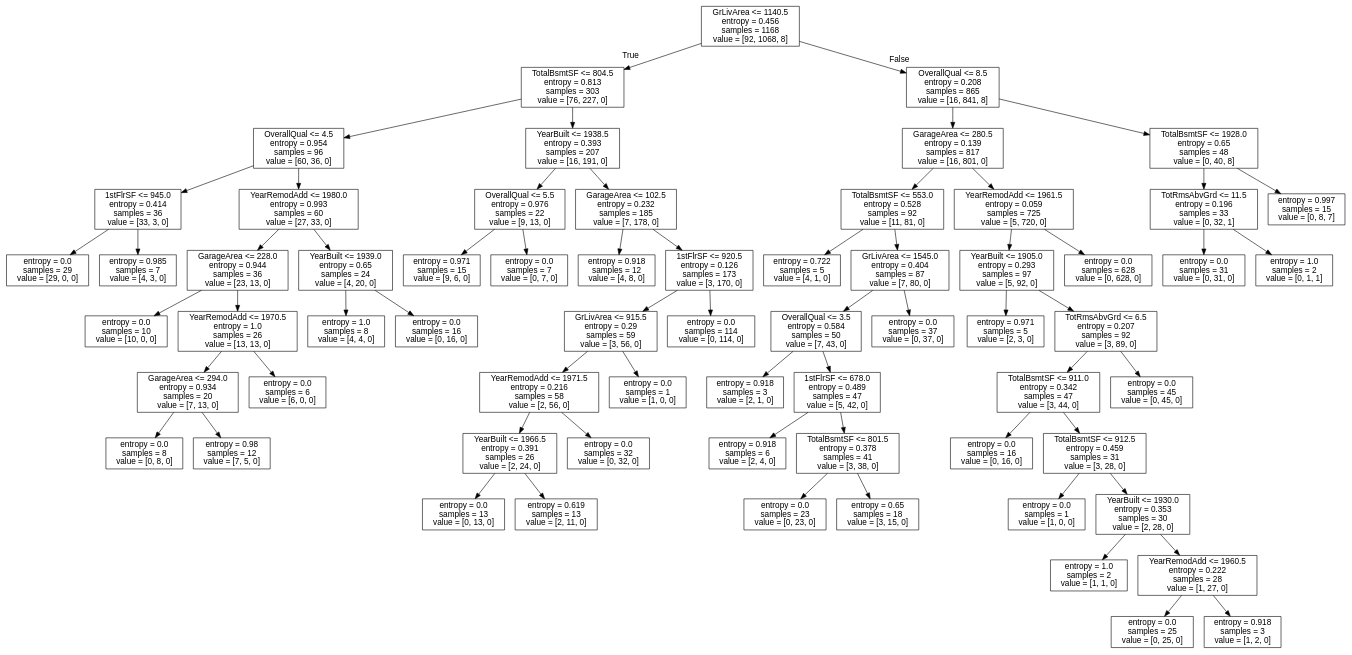
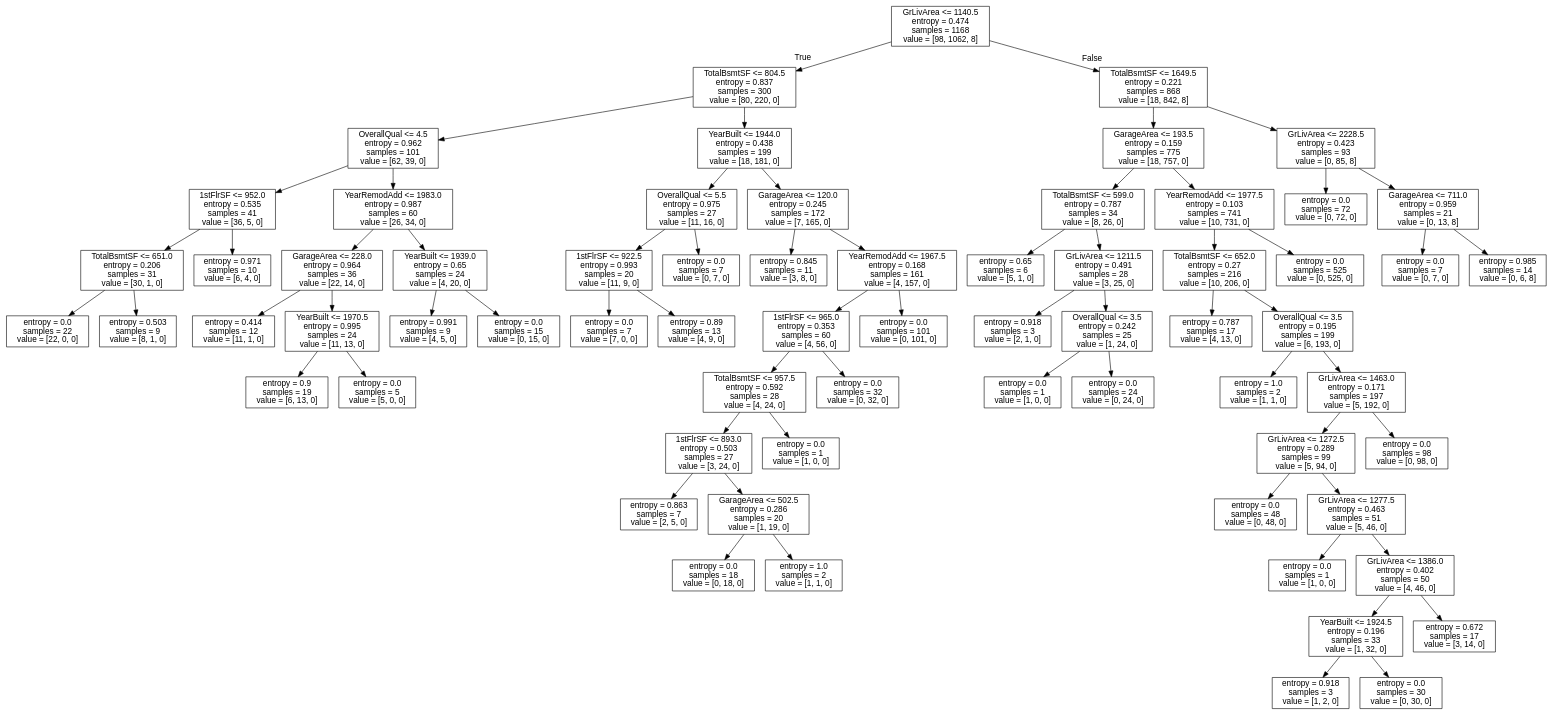
One commit to genomorro/unir changed the diagram in out/tree_dc.dot. Above: the diagram before and after it, drawn with Graphviz. The commit also changed 10 other files, not shown here.

Commit message:
Images with graphviz

```diff
--- a/out/tree_dc.dot
+++ b/out/tree_dc.dot
@@ -1,133 +1,137 @@
 digraph Tree {
 node [shape=box, fontname="helvetica"] ;
 edge [fontname="helvetica"] ;
-0 [label="GrLivArea <= 1140.5\nentropy = 0.456\nsamples = 1168\nvalue = [92, 1068, 8]"] ;
-1 [label="TotalBsmtSF <= 804.5\nentropy = 0.813\nsamples = 303\nvalue = [76, 227, 0]"] ;
+0 [label="GrLivArea <= 1140.5\nentropy = 0.474\nsamples = 1168\nvalue = [98, 1062, 8]"] ;
+1 [label="TotalBsmtSF <= 804.5\nentropy = 0.837\nsamples = 300\nvalue = [80, 220, 0]"] ;
 0 -> 1 [labeldistance=2.5, labelangle=45, headlabel="True"] ;
-2 [label="OverallQual <= 4.5\nentropy = 0.954\nsamples = 96\nvalue = [60, 36, 0]"] ;
+2 [label="OverallQual <= 4.5\nentropy = 0.962\nsamples = 101\nvalue = [62, 39, 0]"] ;
 1 -> 2 ;
-3 [label="1stFlrSF <= 945.0\nentropy = 0.414\nsamples = 36\nvalue = [33, 3, 0]"] ;
+3 [label="1stFlrSF <= 952.0\nentropy = 0.535\nsamples = 41\nvalue = [36, 5, 0]"] ;
 2 -> 3 ;
-4 [label="entropy = 0.0\nsamples = 29\nvalue = [29, 0, 0]"] ;
+4 [label="TotalBsmtSF <= 651.0\nentropy = 0.206\nsamples = 31\nvalue = [30, 1, 0]"] ;
 3 -> 4 ;
-5 [label="entropy = 0.985\nsamples = 7\nvalue = [4, 3, 0]"] ;
-3 -> 5 ;
-6 [label="YearRemodAdd <= 1980.0\nentropy = 0.993\nsamples = 60\nvalue = [27, 33, 0]"] ;
-2 -> 6 ;
-7 [label="GarageArea <= 228.0\nentropy = 0.944\nsamples = 36\nvalue = [23, 13, 0]"] ;
-6 -> 7 ;
-8 [label="entropy = 0.0\nsamples = 10\nvalue = [10, 0, 0]"] ;
-7 -> 8 ;
-9 [label="YearRemodAdd <= 1970.5\nentropy = 1.0\nsamples = 26\nvalue = [13, 13, 0]"] ;
-7 -> 9 ;
-10 [label="GarageArea <= 294.0\nentropy = 0.934\nsamples = 20\nvalue = [7, 13, 0]"] ;
+5 [label="entropy = 0.0\nsamples = 22\nvalue = [22, 0, 0]"] ;
+4 -> 5 ;
+6 [label="entropy = 0.503\nsamples = 9\nvalue = [8, 1, 0]"] ;
+4 -> 6 ;
+7 [label="entropy = 0.971\nsamples = 10\nvalue = [6, 4, 0]"] ;
+3 -> 7 ;
+8 [label="YearRemodAdd <= 1983.0\nentropy = 0.987\nsamples = 60\nvalue = [26, 34, 0]"] ;
+2 -> 8 ;
+9 [label="GarageArea <= 228.0\nentropy = 0.964\nsamples = 36\nvalue = [22, 14, 0]"] ;
+8 -> 9 ;
+10 [label="entropy = 0.414\nsamples = 12\nvalue = [11, 1, 0]"] ;
 9 -> 10 ;
-11 [label="entropy = 0.0\nsamples = 8\nvalue = [0, 8, 0]"] ;
-10 -> 11 ;
-12 [label="entropy = 0.98\nsamples = 12\nvalue = [7, 5, 0]"] ;
-10 -> 12 ;
-13 [label="entropy = 0.0\nsamples = 6\nvalue = [6, 0, 0]"] ;
-9 -> 13 ;
+11 [label="YearBuilt <= 1970.5\nentropy = 0.995\nsamples = 24\nvalue = [11, 13, 0]"] ;
+9 -> 11 ;
+12 [label="entropy = 0.9\nsamples = 19\nvalue = [6, 13, 0]"] ;
+11 -> 12 ;
+13 [label="entropy = 0.0\nsamples = 5\nvalue = [5, 0, 0]"] ;
+11 -> 13 ;
 14 [label="YearBuilt <= 1939.0\nentropy = 0.65\nsamples = 24\nvalue = [4, 20, 0]"] ;
-6 -> 14 ;
-15 [label="entropy = 1.0\nsamples = 8\nvalue = [4, 4, 0]"] ;
+8 -> 14 ;
+15 [label="entropy = 0.991\nsamples = 9\nvalue = [4, 5, 0]"] ;
 14 -> 15 ;
-16 [label="entropy = 0.0\nsamples = 16\nvalue = [0, 16, 0]"] ;
+16 [label="entropy = 0.0\nsamples = 15\nvalue = [0, 15, 0]"] ;
 14 -> 16 ;
-17 [label="YearBuilt <= 1938.5\nentropy = 0.393\nsamples = 207\nvalue = [16, 191, 0]"] ;
+17 [label="YearBuilt <= 1944.0\nentropy = 0.438\nsamples = 199\nvalue = [18, 181, 0]"] ;
 1 -> 17 ;
-18 [label="OverallQual <= 5.5\nentropy = 0.976\nsamples = 22\nvalue = [9, 13, 0]"] ;
+18 [label="OverallQual <= 5.5\nentropy = 0.975\nsamples = 27\nvalue = [11, 16, 0]"] ;
 17 -> 18 ;
-19 [label="entropy = 0.971\nsamples = 15\nvalue = [9, 6, 0]"] ;
+19 [label="1stFlrSF <= 922.5\nentropy = 0.993\nsamples = 20\nvalue = [11, 9, 0]"] ;
 18 -> 19 ;
-20 [label="entropy = 0.0\nsamples = 7\nvalue = [0, 7, 0]"] ;
-18 -> 20 ;
-21 [label="GarageArea <= 102.5\nentropy = 0.232\nsamples = 185\nvalue = [7, 178, 0]"] ;
-17 -> 21 ;
-22 [label="entropy = 0.918\nsamples = 12\nvalue = [4, 8, 0]"] ;
-21 -> 22 ;
-23 [label="1stFlrSF <= 920.5\nentropy = 0.126\nsamples = 173\nvalue = [3, 170, 0]"] ;
-21 -> 23 ;
-24 [label="GrLivArea <= 915.5\nentropy = 0.29\nsamples = 59\nvalue = [3, 56, 0]"] ;
+20 [label="entropy = 0.0\nsamples = 7\nvalue = [7, 0, 0]"] ;
+19 -> 20 ;
+21 [label="entropy = 0.89\nsamples = 13\nvalue = [4, 9, 0]"] ;
+19 -> 21 ;
+22 [label="entropy = 0.0\nsamples = 7\nvalue = [0, 7, 0]"] ;
+18 -> 22 ;
+23 [label="GarageArea <= 120.0\nentropy = 0.245\nsamples = 172\nvalue = [7, 165, 0]"] ;
+17 -> 23 ;
+24 [label="entropy = 0.845\nsamples = 11\nvalue = [3, 8, 0]"] ;
 23 -> 24 ;
-25 [label="YearRemodAdd <= 1971.5\nentropy = 0.216\nsamples = 58\nvalue = [2, 56, 0]"] ;
-24 -> 25 ;
-26 [label="YearBuilt <= 1966.5\nentropy = 0.391\nsamples = 26\nvalue = [2, 24, 0]"] ;
+25 [label="YearRemodAdd <= 1967.5\nentropy = 0.168\nsamples = 161\nvalue = [4, 157, 0]"] ;
+23 -> 25 ;
+26 [label="1stFlrSF <= 965.0\nentropy = 0.353\nsamples = 60\nvalue = [4, 56, 0]"] ;
 25 -> 26 ;
-27 [label="entropy = 0.0\nsamples = 13\nvalue = [0, 13, 0]"] ;
+27 [label="TotalBsmtSF <= 957.5\nentropy = 0.592\nsamples = 28\nvalue = [4, 24, 0]"] ;
 26 -> 27 ;
-28 [label="entropy = 0.619\nsamples = 13\nvalue = [2, 11, 0]"] ;
-26 -> 28 ;
-29 [label="entropy = 0.0\nsamples = 32\nvalue = [0, 32, 0]"] ;
-25 -> 29 ;
-30 [label="entropy = 0.0\nsamples = 1\nvalue = [1, 0, 0]"] ;
-24 -> 30 ;
-31 [label="entropy = 0.0\nsamples = 114\nvalue = [0, 114, 0]"] ;
-23 -> 31 ;
-32 [label="OverallQual <= 8.5\nentropy = 0.208\nsamples = 865\nvalue = [16, 841, 8]"] ;
-0 -> 32 [labeldistance=2.5, labelangle=-45, headlabel="False"] ;
-33 [label="GarageArea <= 280.5\nentropy = 0.139\nsamples = 817\nvalue = [16, 801, 0]"] ;
-32 -> 33 ;
-34 [label="TotalBsmtSF <= 553.0\nentropy = 0.528\nsamples = 92\nvalue = [11, 81, 0]"] ;
-33 -> 34 ;
-35 [label="entropy = 0.722\nsamples = 5\nvalue = [4, 1, 0]"] ;
-34 -> 35 ;
-36 [label="GrLivArea <= 1545.0\nentropy = 0.404\nsamples = 87\nvalue = [7, 80, 0]"] ;
-34 -> 36 ;
-37 [label="OverallQual <= 3.5\nentropy = 0.584\nsamples = 50\nvalue = [7, 43, 0]"] ;
+28 [label="1stFlrSF <= 893.0\nentropy = 0.503\nsamples = 27\nvalue = [3, 24, 0]"] ;
+27 -> 28 ;
+29 [label="entropy = 0.863\nsamples = 7\nvalue = [2, 5, 0]"] ;
+28 -> 29 ;
+30 [label="GarageArea <= 502.5\nentropy = 0.286\nsamples = 20\nvalue = [1, 19, 0]"] ;
+28 -> 30 ;
+31 [label="entropy = 0.0\nsamples = 18\nvalue = [0, 18, 0]"] ;
+30 -> 31 ;
+32 [label="entropy = 1.0\nsamples = 2\nvalue = [1, 1, 0]"] ;
+30 -> 32 ;
+33 [label="entropy = 0.0\nsamples = 1\nvalue = [1, 0, 0]"] ;
+27 -> 33 ;
+34 [label="entropy = 0.0\nsamples = 32\nvalue = [0, 32, 0]"] ;
+26 -> 34 ;
+35 [label="entropy = 0.0\nsamples = 101\nvalue = [0, 101, 0]"] ;
+25 -> 35 ;
+36 [label="TotalBsmtSF <= 1649.5\nentropy = 0.221\nsamples = 868\nvalue = [18, 842, 8]"] ;
+0 -> 36 [labeldistance=2.5, labelangle=-45, headlabel="False"] ;
+37 [label="GarageArea <= 193.5\nentropy = 0.159\nsamples = 775\nvalue = [18, 757, 0]"] ;
 36 -> 37 ;
-38 [label="entropy = 0.918\nsamples = 3\nvalue = [2, 1, 0]"] ;
+38 [label="TotalBsmtSF <= 599.0\nentropy = 0.787\nsamples = 34\nvalue = [8, 26, 0]"] ;
 37 -> 38 ;
-39 [label="1stFlrSF <= 678.0\nentropy = 0.489\nsamples = 47\nvalue = [5, 42, 0]"] ;
-37 -> 39 ;
-40 [label="entropy = 0.918\nsamples = 6\nvalue = [2, 4, 0]"] ;
-39 -> 40 ;
-41 [label="TotalBsmtSF <= 801.5\nentropy = 0.378\nsamples = 41\nvalue = [3, 38, 0]"] ;
-39 -> 41 ;
-42 [label="entropy = 0.0\nsamples = 23\nvalue = [0, 23, 0]"] ;
-41 -> 42 ;
-43 [label="entropy = 0.65\nsamples = 18\nvalue = [3, 15, 0]"] ;
-41 -> 43 ;
-44 [label="entropy = 0.0\nsamples = 37\nvalue = [0, 37, 0]"] ;
-36 -> 44 ;
-45 [label="YearRemodAdd <= 1961.5\nentropy = 0.059\nsamples = 725\nvalue = [5, 720, 0]"] ;
-33 -> 45 ;
-46 [label="YearBuilt <= 1905.0\nentropy = 0.293\nsamples = 97\nvalue = [5, 92, 0]"] ;
+39 [label="entropy = 0.65\nsamples = 6\nvalue = [5, 1, 0]"] ;
+38 -> 39 ;
+40 [label="GrLivArea <= 1211.5\nentropy = 0.491\nsamples = 28\nvalue = [3, 25, 0]"] ;
+38 -> 40 ;
+41 [label="entropy = 0.918\nsamples = 3\nvalue = [2, 1, 0]"] ;
+40 -> 41 ;
+42 [label="OverallQual <= 3.5\nentropy = 0.242\nsamples = 25\nvalue = [1, 24, 0]"] ;
+40 -> 42 ;
+43 [label="entropy = 0.0\nsamples = 1\nvalue = [1, 0, 0]"] ;
+42 -> 43 ;
+44 [label="entropy = 0.0\nsamples = 24\nvalue = [0, 24, 0]"] ;
+42 -> 44 ;
+45 [label="YearRemodAdd <= 1977.5\nentropy = 0.103\nsamples = 741\nvalue = [10, 731, 0]"] ;
+37 -> 45 ;
+46 [label="TotalBsmtSF <= 652.0\nentropy = 0.27\nsamples = 216\nvalue = [10, 206, 0]"] ;
 45 -> 46 ;
-47 [label="entropy = 0.971\nsamples = 5\nvalue = [2, 3, 0]"] ;
+47 [label="entropy = 0.787\nsamples = 17\nvalue = [4, 13, 0]"] ;
 46 -> 47 ;
-48 [label="TotRmsAbvGrd <= 6.5\nentropy = 0.207\nsamples = 92\nvalue = [3, 89, 0]"] ;
+48 [label="OverallQual <= 3.5\nentropy = 0.195\nsamples = 199\nvalue = [6, 193, 0]"] ;
 46 -> 48 ;
-49 [label="TotalBsmtSF <= 911.0\nentropy = 0.342\nsamples = 47\nvalue = [3, 44, 0]"] ;
+49 [label="entropy = 1.0\nsamples = 2\nvalue = [1, 1, 0]"] ;
 48 -> 49 ;
-50 [label="entropy = 0.0\nsamples = 16\nvalue = [0, 16, 0]"] ;
-49 -> 50 ;
-51 [label="TotalBsmtSF <= 912.5\nentropy = 0.459\nsamples = 31\nvalue = [3, 28, 0]"] ;
-49 -> 51 ;
-52 [label="entropy = 0.0\nsamples = 1\nvalue = [1, 0, 0]"] ;
+50 [label="GrLivArea <= 1463.0\nentropy = 0.171\nsamples = 197\nvalue = [5, 192, 0]"] ;
+48 -> 50 ;
+51 [label="GrLivArea <= 1272.5\nentropy = 0.289\nsamples = 99\nvalue = [5, 94, 0]"] ;
+50 -> 51 ;
+52 [label="entropy = 0.0\nsamples = 48\nvalue = [0, 48, 0]"] ;
 51 -> 52 ;
-53 [label="YearBuilt <= 1930.0\nentropy = 0.353\nsamples = 30\nvalue = [2, 28, 0]"] ;
+53 [label="GrLivArea <= 1277.5\nentropy = 0.463\nsamples = 51\nvalue = [5, 46, 0]"] ;
 51 -> 53 ;
-54 [label="entropy = 1.0\nsamples = 2\nvalue = [1, 1, 0]"] ;
+54 [label="entropy = 0.0\nsamples = 1\nvalue = [1, 0, 0]"] ;
 53 -> 54 ;
-55 [label="YearRemodAdd <= 1960.5\nentropy = 0.222\nsamples = 28\nvalue = [1, 27, 0]"] ;
+55 [label="GrLivArea <= 1386.0\nentropy = 0.402\nsamples = 50\nvalue = [4, 46, 0]"] ;
 53 -> 55 ;
-56 [label="entropy = 0.0\nsamples = 25\nvalue = [0, 25, 0]"] ;
+56 [label="YearBuilt <= 1924.5\nentropy = 0.196\nsamples = 33\nvalue = [1, 32, 0]"] ;
 55 -> 56 ;
 57 [label="entropy = 0.918\nsamples = 3\nvalue = [1, 2, 0]"] ;
-55 -> 57 ;
-58 [label="entropy = 0.0\nsamples = 45\nvalue = [0, 45, 0]"] ;
-48 -> 58 ;
-59 [label="entropy = 0.0\nsamples = 628\nvalue = [0, 628, 0]"] ;
-45 -> 59 ;
-60 [label="TotalBsmtSF <= 1928.0\nentropy = 0.65\nsamples = 48\nvalue = [0, 40, 8]"] ;
-32 -> 60 ;
-61 [label="TotRmsAbvGrd <= 11.5\nentropy = 0.196\nsamples = 33\nvalue = [0, 32, 1]"] ;
-60 -> 61 ;
-62 [label="entropy = 0.0\nsamples = 31\nvalue = [0, 31, 0]"] ;
-61 -> 62 ;
-63 [label="entropy = 1.0\nsamples = 2\nvalue = [0, 1, 1]"] ;
-61 -> 63 ;
-64 [label="entropy = 0.997\nsamples = 15\nvalue = [0, 8, 7]"] ;
-60 -> 64 ;
+56 -> 57 ;
+58 [label="entropy = 0.0\nsamples = 30\nvalue = [0, 30, 0]"] ;
+56 -> 58 ;
+59 [label="entropy = 0.672\nsamples = 17\nvalue = [3, 14, 0]"] ;
+55 -> 59 ;
+60 [label="entropy = 0.0\nsamples = 98\nvalue = [0, 98, 0]"] ;
+50 -> 60 ;
+61 [label="entropy = 0.0\nsamples = 525\nvalue = [0, 525, 0]"] ;
+45 -> 61 ;
+62 [label="GrLivArea <= 2228.5\nentropy = 0.423\nsamples = 93\nvalue = [0, 85, 8]"] ;
+36 -> 62 ;
+63 [label="entropy = 0.0\nsamples = 72\nvalue = [0, 72, 0]"] ;
+62 -> 63 ;
+64 [label="GarageArea <= 711.0\nentropy = 0.959\nsamples = 21\nvalue = [0, 13, 8]"] ;
+62 -> 64 ;
+65 [label="entropy = 0.0\nsamples = 7\nvalue = [0, 7, 0]"] ;
+64 -> 65 ;
+66 [label="entropy = 0.985\nsamples = 14\nvalue = [0, 6, 8]"] ;
+64 -> 66 ;
 }
```
